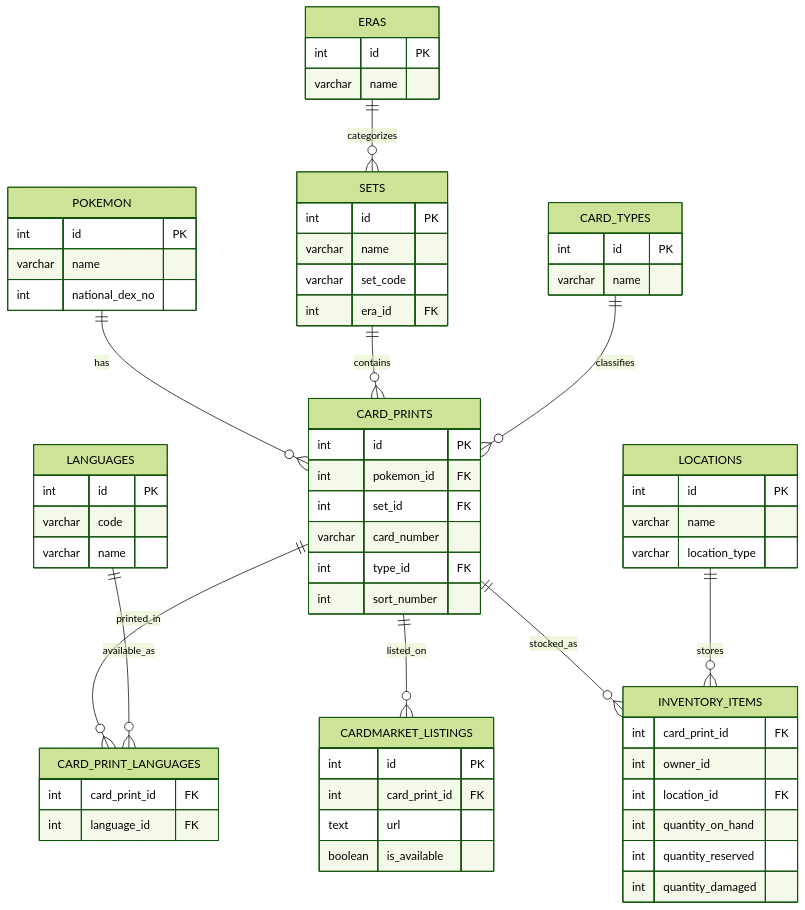
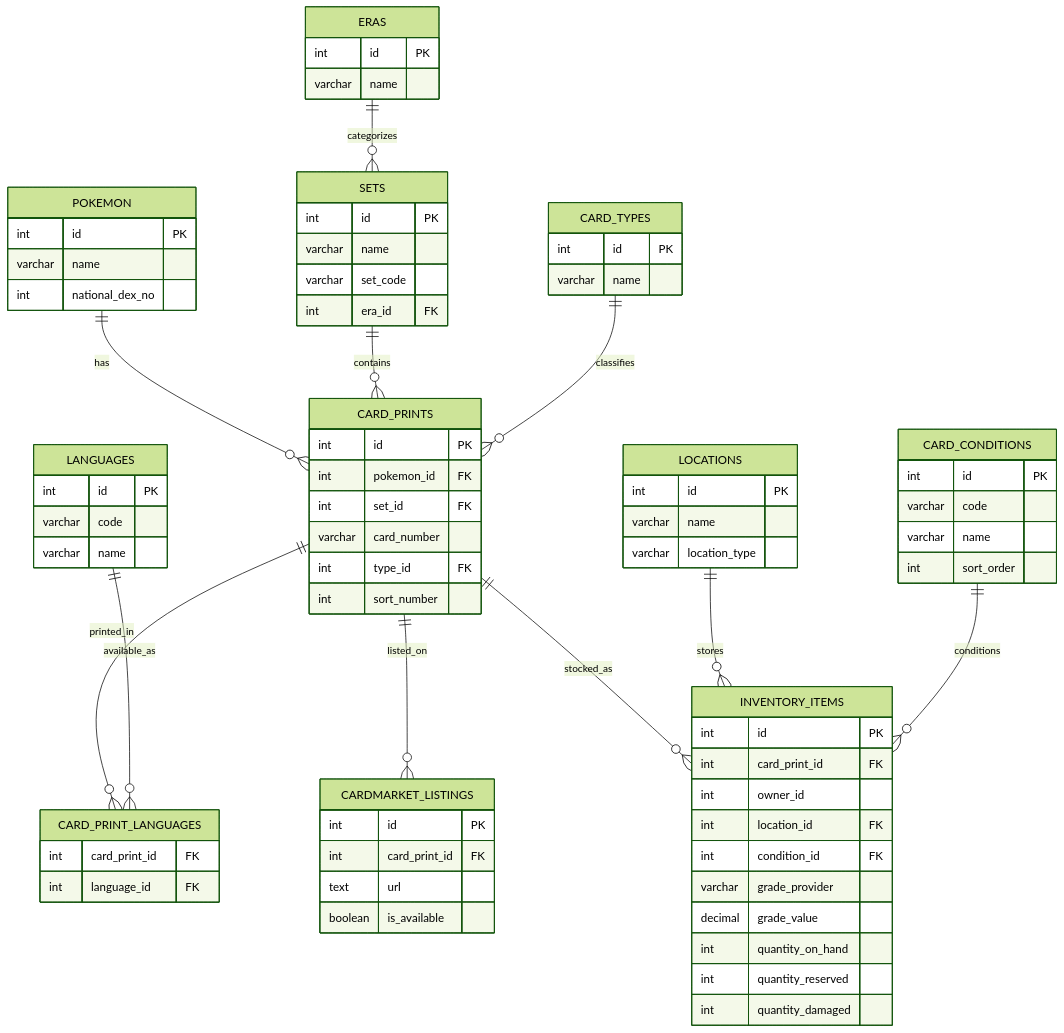
One commit to Scarrty/snoredex changed the diagram in docs/er_diagram.md. Above: the diagram before and after it, drawn with Mermaid (forest theme). The commit also changed 2 other files, not shown here.

Commit message:
Add condition and grading support for lot-level inventory

````diff
--- a/docs/er_diagram.md
+++ b/docs/er_diagram.md
@@ -59,10 +59,21 @@
         varchar location_type
     }
 
+    CARD_CONDITIONS {
+        int id PK
+        varchar code
+        varchar name
+        int sort_order
+    }
+
     INVENTORY_ITEMS {
+        int id PK
         int card_print_id FK
         int owner_id
         int location_id FK
+        int condition_id FK
+        varchar grade_provider
+        decimal grade_value
         int quantity_on_hand
         int quantity_reserved
         int quantity_damaged
@@ -77,4 +88,5 @@
     CARD_PRINTS ||--o{ CARDMARKET_LISTINGS : listed_on
     CARD_PRINTS ||--o{ INVENTORY_ITEMS : stocked_as
     LOCATIONS ||--o{ INVENTORY_ITEMS : stores
+    CARD_CONDITIONS ||--o{ INVENTORY_ITEMS : conditions
 ```
````
